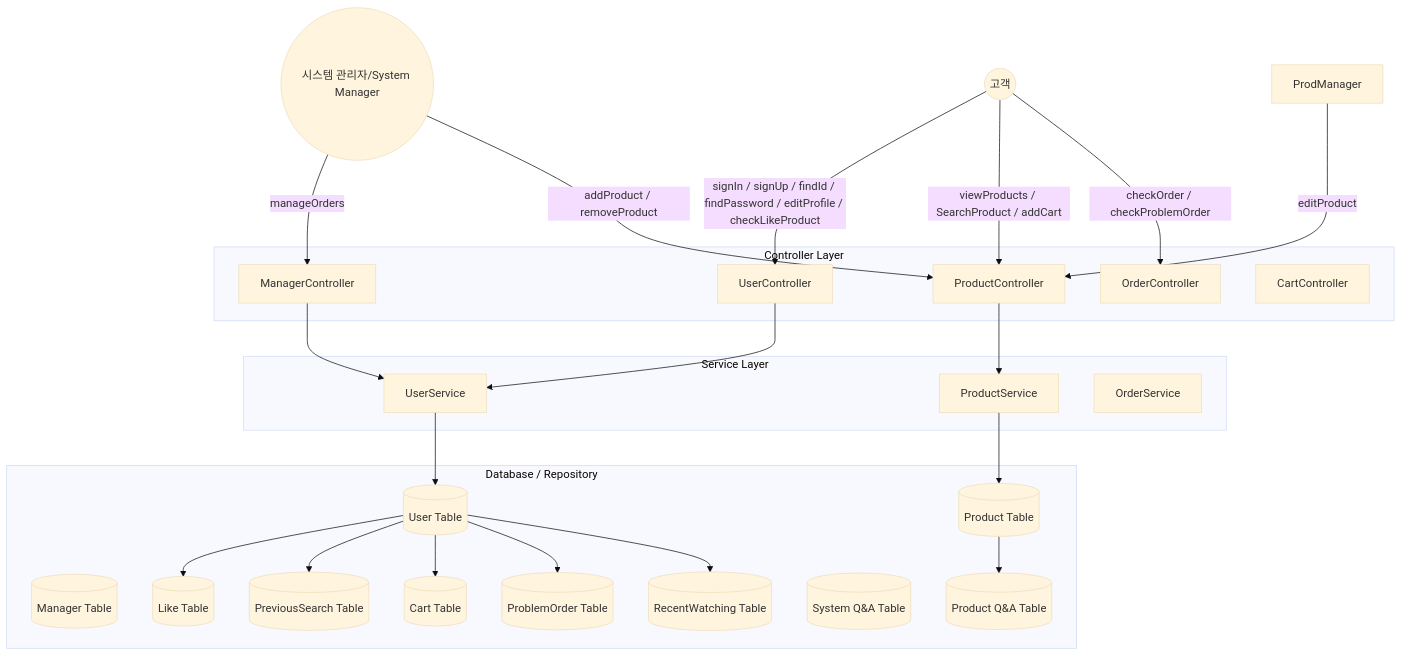
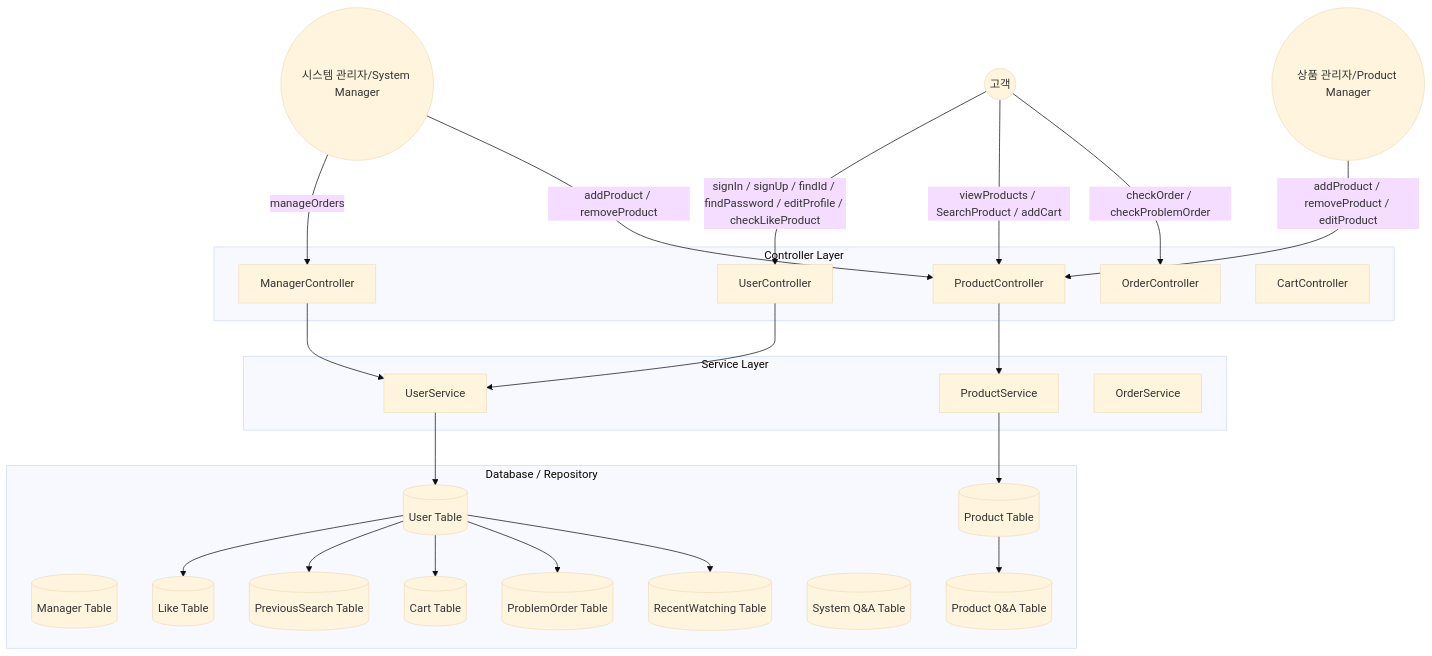
The diagram in Project/ShoppingMall/ShoppingMall Main System diagram.md (potatostore/Obsidian), drawn with Mermaid (base theme) before and after one commit.

Commit message:
vault backup: 2026-03-09 16:01:27

````diff
--- a/Project/ShoppingMall/ShoppingMall Main System diagram.md
+++ b/Project/ShoppingMall/ShoppingMall Main System diagram.md
@@ -1,50 +1,50 @@
 ```mermaid
 ---
 config:
 layout: dagre
 ---
 flowchart TB
 	subgraph Controller_Layer["Controller Layer"]
 	UC["UserController"]
 	EC["ManagerController"]
 	PC["ProductController"]
 	OC["OrderController"]
 	CC["CartController"] 
 end
   
 subgraph Service_Layer["Service Layer"]
 	US["UserService"]
 	PS["ProductService"]
 	OS["OrderService"]
 end
 
 subgraph DB["Database / Repository"]
 	UserTable[("User Table")]
 	ProdTable[("Product Table")]
 	ManTable[("Manager Table")]
 	LikeTable[("Like Table")]
 	PreviousSearchTable[("PreviousSearch Table")]
 	CartTable[("Cart Table")]
 	ProblemOrderTable[("ProblemOrder Table")]
 	RecentWatchingTable[("RecentWatching Table")]
 	SystemQATable[("System Q&A Table")]
 	ProductQATable[("Product Q&A Table")]
 end
 
 User(("고객")) -- signIn / signUp / findId / findPassword / editProfile / checkLikeProduct --> UC
 User -- viewProducts / SearchProduct / addCart --> PC
 User -- checkOrder / checkProblemOrder --> OC
 SysManager(("시스템 관리자/System Manager")) -- manageOrders --> EC
 SysManager -- addProduct / removeProduct --> PC
-ProdManager -- editProduct --> PC
+ProdManager(("상품 관리자/Product Manager")) -- addProduct / removeProduct / editProduct --> PC
 
 UC --> US
 EC --> US
 PC --> PS
 US --> UserTable
 PS --> ProdTable
 
 UserTable --> LikeTable & PreviousSearchTable & CartTable & ProblemOrderTable & RecentWatchingTable
 ProdTable --> ProductQATable
 
 ```
````
